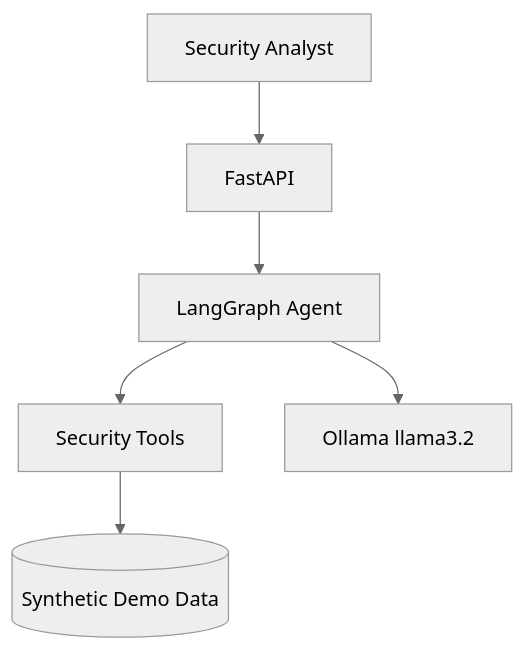
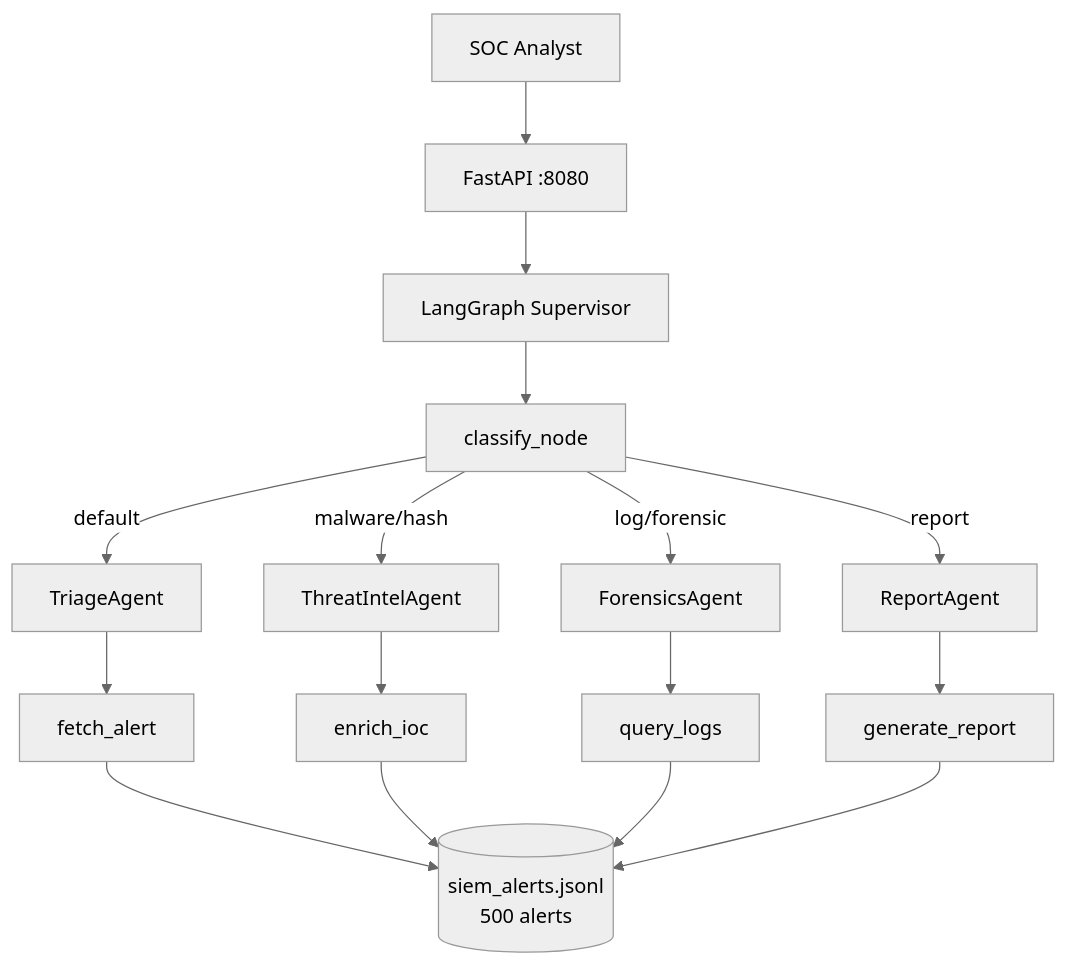
Before and after one commit to manja7304/soc-analyst-supervisor-swarm: the first of 2 diagrams in README.md, drawn with Mermaid (neutral theme). The commit also changed other lines of this file, not shown here.

````diff
--- a/README.md
+++ b/README.md
@@ -15,8 +28,15 @@
 ```mermaid
 flowchart TB
-  User[Security Analyst] --> API[FastAPI]
-  API --> Agent[LangGraph Agent]
-  Agent --> Tools[Security Tools]
-  Agent --> LLM[Ollama llama3.2]
-  Tools --> DemoData[(Synthetic Demo Data)]
+  Analyst[SOC Analyst] --> API[FastAPI :8080]
+  API --> Graph[LangGraph Supervisor]
+  Graph --> Classify[classify_node]
+  Classify -->|default| Triage[TriageAgent]
+  Classify -->|malware/hash| TI[ThreatIntelAgent]
+  Classify -->|log/forensic| Forensics[ForensicsAgent]
+  Classify -->|report| Report[ReportAgent]
+  Triage --> Fetch[fetch_alert]
+  TI --> Enrich[enrich_ioc]
+  Forensics --> Logs[query_logs]
+  Report --> GenReport[generate_report]
+  Fetch & Enrich & Logs & GenReport --> Alerts[(siem_alerts.jsonl\n500 alerts)]
 ```
````
